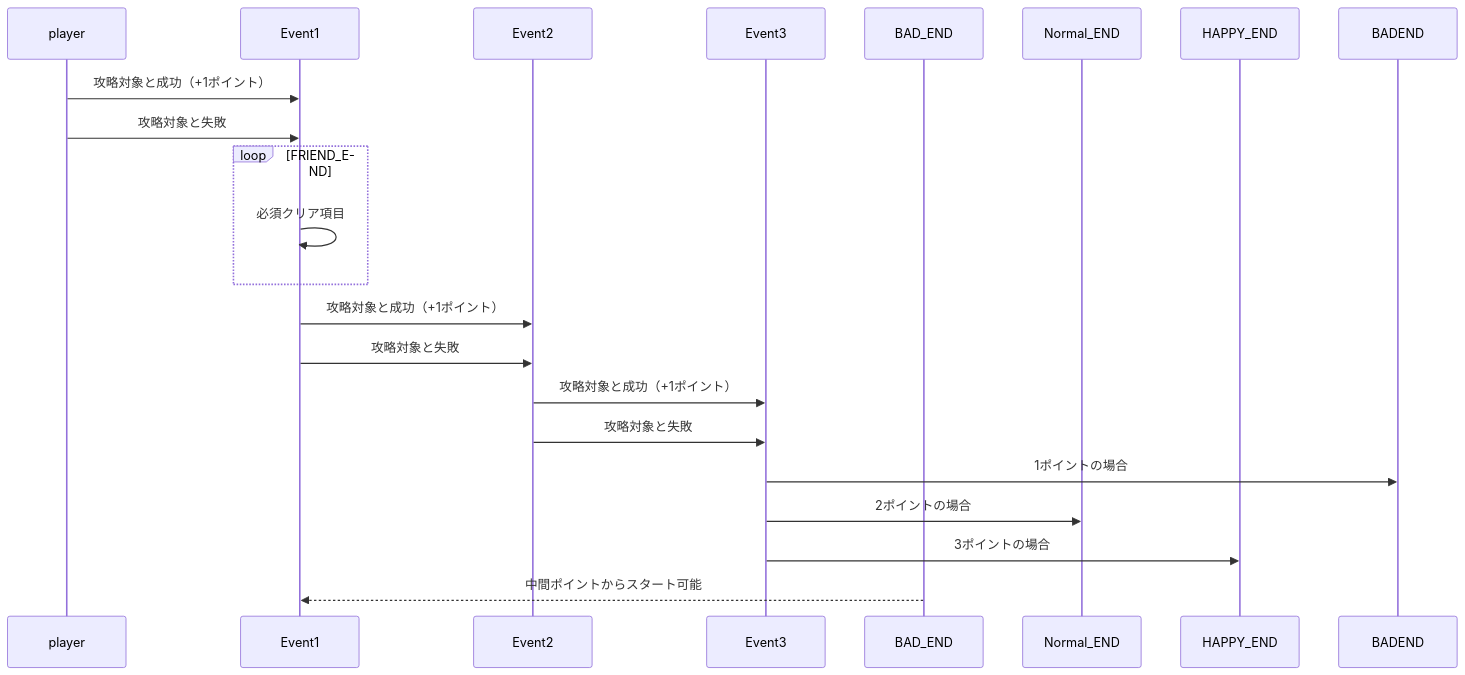
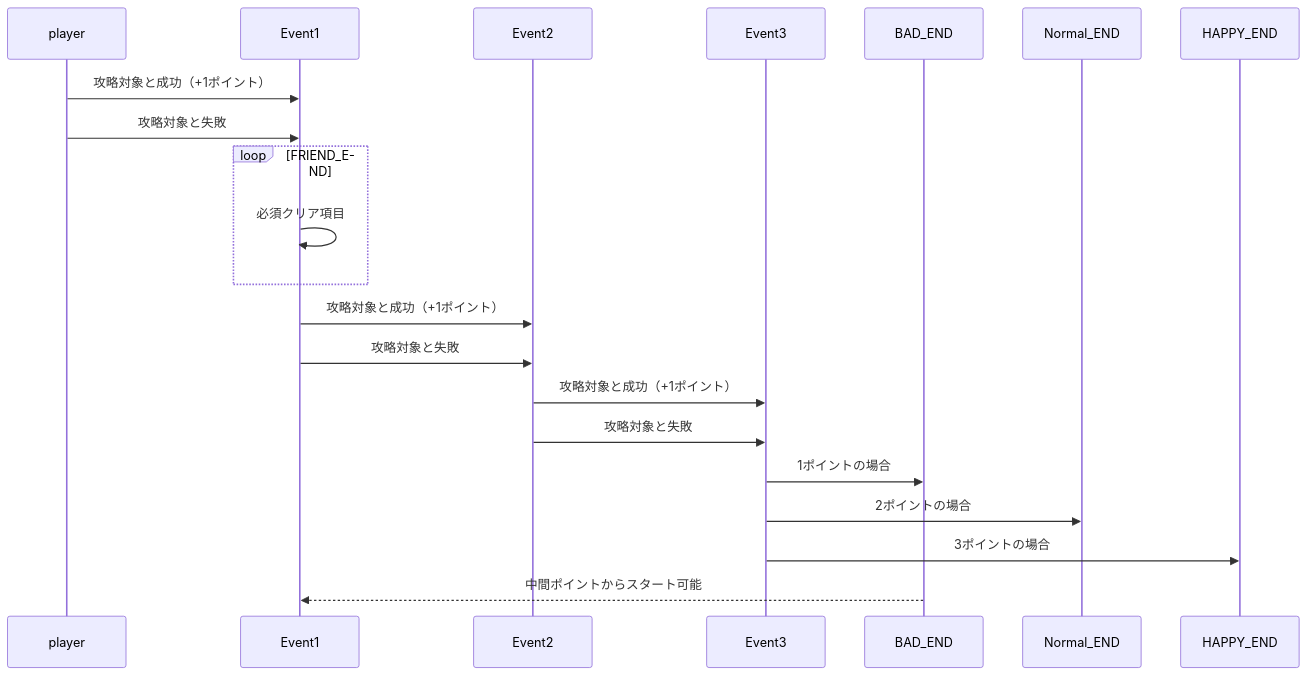
Before and after one commit to tpu-game-2022/mermaid_test: the second of 2 diagrams in README.md, drawn with Mermaid.

Commit message:
変更しました

````diff
--- a/README.md
+++ b/README.md
@@ -37,23 +37,23 @@
 ```mermaid
 sequenceDiagram
 participant player
 participant　Event1
 participant　Event2
 participant  Event3
 participant　BAD_END
 participant　Normal_END
 participant　HAPPY_END
 player->>Event1:攻略対象と成功（+1ポイント）
 player->>Event1:攻略対象と失敗
 loop FRIEND_END
 Event1->>Event1:必須クリア項目
 end
 Event1->>Event2:攻略対象と成功（+1ポイント）
 Event1->>Event2:攻略対象と失敗
 Event2->>Event3:攻略対象と成功（+1ポイント）
 Event2->>Event3:攻略対象と失敗
-Event3->>BADEND:1ポイントの場合
+Event3->>BAD_END:1ポイントの場合
 Event3->>Normal_END:2ポイントの場合
 Event3->>HAPPY_END:3ポイントの場合
 BAD_END-->>Event1:中間ポイントからスタート可能
 ```
````
